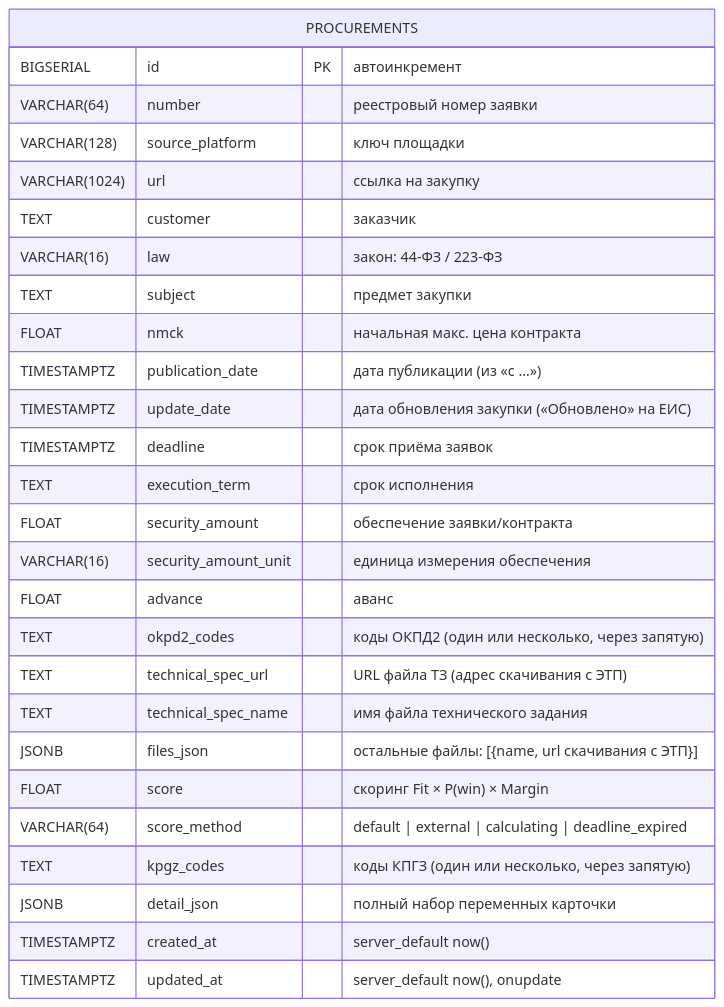
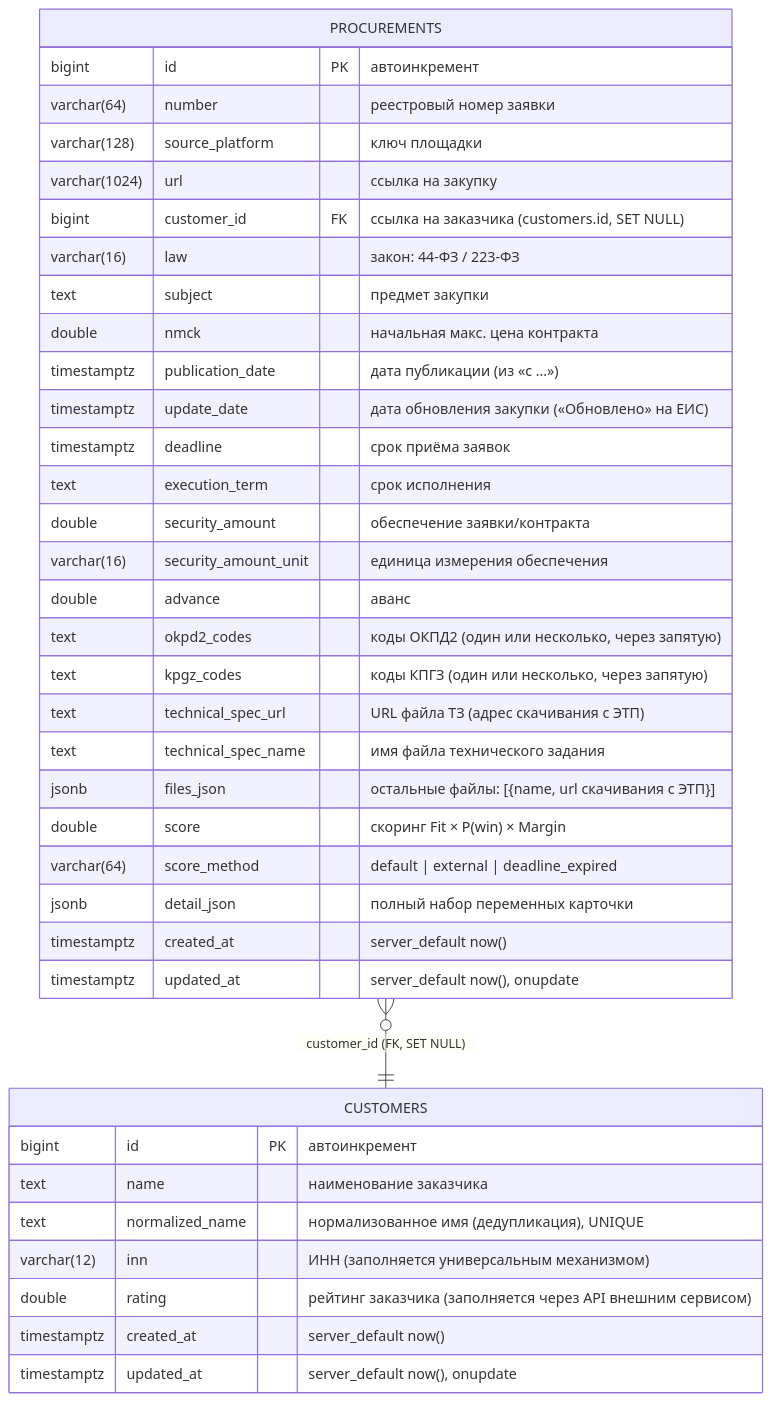
Before and after one commit to igorvolk1961/zakupki_parser: the diagram in docs/c4/db-schema.md, drawn with Mermaid. The commit also changed other lines of this file, not shown here.

Commit message:
docs(c4/db-schema): диаграмма под текущую схему БД
Отражены таблица customers (ADR-4) и FK procurements.customer_id (SET NULL)
вместо удалённой колонки customer; score_method без 'calculating';
индексы и констрейнты сверены с фактической БД.

````diff
--- a/docs/c4/db-schema.md
+++ b/docs/c4/db-schema.md
@@ -6,30 +6,42 @@
 ```mermaid
 erDiagram
+    CUSTOMERS {
+        bigint id PK "автоинкремент"
+        text name "наименование заказчика"
+        text normalized_name "нормализованное имя (дедупликация), UNIQUE"
+        varchar(12) inn "ИНН (заполняется универсальным механизмом)"
+        double rating "рейтинг заказчика (заполняется через API внешним сервисом)"
+        timestamptz created_at "server_default now()"
+        timestamptz updated_at "server_default now(), onupdate"
+    }
+
     PROCUREMENTS {
-        BIGSERIAL id PK "автоинкремент"
-        VARCHAR(64) number "реестровый номер заявки"
-        VARCHAR(128) source_platform "ключ площадки"
-        VARCHAR(1024) url "ссылка на закупку"
-        TEXT customer "заказчик"
-        VARCHAR(16) law "закон: 44-ФЗ / 223-ФЗ"
-        TEXT subject "предмет закупки"
-        FLOAT nmck "начальная макс. цена контракта"
-        TIMESTAMPTZ publication_date "дата публикации (из «с …»)"
-        TIMESTAMPTZ update_date "дата обновления закупки («Обновлено» на ЕИС)"
-        TIMESTAMPTZ deadline "срок приёма заявок"
-        TEXT execution_term "срок исполнения"
-        FLOAT security_amount "обеспечение заявки/контракта"
-        VARCHAR(16) security_amount_unit "единица измерения обеспечения"
-        FLOAT advance "аванс"
-        TEXT okpd2_codes "коды ОКПД2 (один или несколько, через запятую)"
-        TEXT technical_spec_url "URL файла ТЗ (адрес скачивания с ЭТП)"
-        TEXT technical_spec_name "имя файла технического задания"
-        JSONB files_json "остальные файлы: [{name, url скачивания с ЭТП}]"
-        FLOAT score "скоринг Fit × P(win) × Margin"
-        VARCHAR(64) score_method "default | external | calculating | deadline_expired"
-        TEXT kpgz_codes "коды КПГЗ (один или несколько, через запятую)"
-        JSONB detail_json "полный набор переменных карточки"
-        TIMESTAMPTZ created_at "server_default now()"
-        TIMESTAMPTZ updated_at "server_default now(), onupdate"
+        bigint id PK "автоинкремент"
+        varchar(64) number "реестровый номер заявки"
+        varchar(128) source_platform "ключ площадки"
+        varchar(1024) url "ссылка на закупку"
+        bigint customer_id FK "ссылка на заказчика (customers.id, SET NULL)"
+        varchar(16) law "закон: 44-ФЗ / 223-ФЗ"
+        text subject "предмет закупки"
+        double nmck "начальная макс. цена контракта"
+        timestamptz publication_date "дата публикации (из «с …»)"
+        timestamptz update_date "дата обновления закупки («Обновлено» на ЕИС)"
+        timestamptz deadline "срок приёма заявок"
+        text execution_term "срок исполнения"
+        double security_amount "обеспечение заявки/контракта"
+        varchar(16) security_amount_unit "единица измерения обеспечения"
+        double advance "аванс"
+        text okpd2_codes "коды ОКПД2 (один или несколько, через запятую)"
+        text kpgz_codes "коды КПГЗ (один или несколько, через запятую)"
+        text technical_spec_url "URL файла ТЗ (адрес скачивания с ЭТП)"
+        text technical_spec_name "имя файла технического задания"
+        jsonb files_json "остальные файлы: [{name, url скачивания с ЭТП}]"
+        double score "скоринг Fit × P(win) × Margin"
+        varchar(64) score_method "default | external | deadline_expired"
+        jsonb detail_json "полный набор переменных карточки"
+        timestamptz created_at "server_default now()"
+        timestamptz updated_at "server_default now(), onupdate"
     }
+
+    PROCUREMENTS }o--|| CUSTOMERS : "customer_id (FK, SET NULL)"
 ```
````
